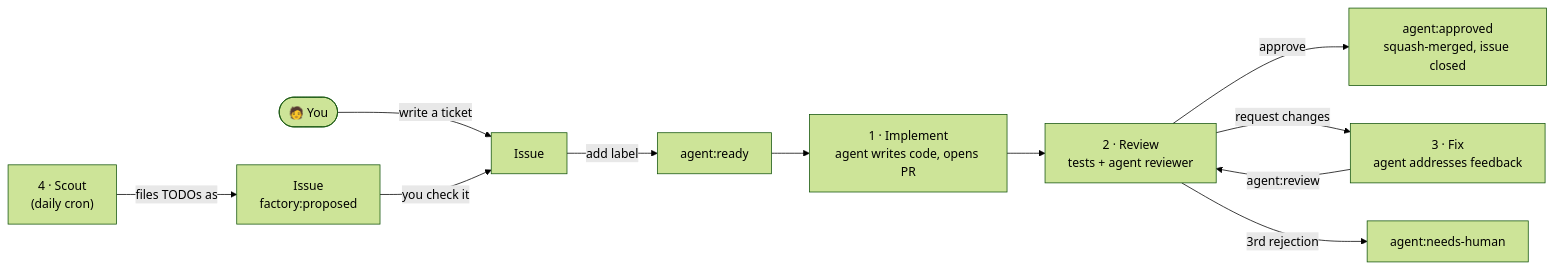
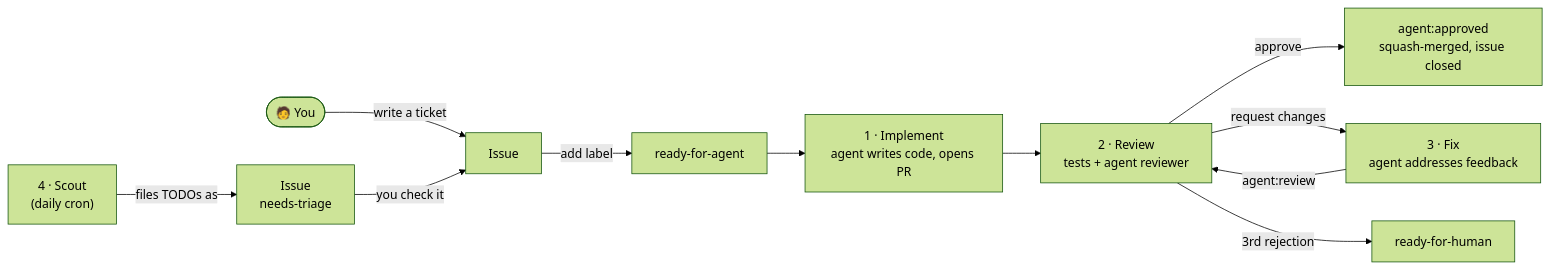
The diagram in FACTORY.md (jonbaldie/software-factory-sandbox), drawn with Mermaid (forest theme) before and after one commit. The commit also changed other lines of this file and 10 other files, not shown here.

````diff
--- a/FACTORY.md
+++ b/FACTORY.md
@@ -5,13 +5,13 @@
 ```mermaid
 flowchart LR
   you(["🧑 You"]) -->|write a ticket| issue["Issue"]
-  scout["4 · Scout<br/>(daily cron)"] -->|files TODOs as| proposed["Issue<br/>factory:proposed"]
+  scout["4 · Scout<br/>(daily cron)"] -->|files TODOs as| proposed["Issue<br/>needs-triage"]
   proposed -->|you check it| issue
-  issue -->|add label| ready["agent:ready"]
+  issue -->|add label| ready["ready-for-agent"]
   ready --> implement["1 · Implement<br/>agent writes code, opens PR"]
   implement --> review["2 · Review<br/>tests + agent reviewer"]
   review -->|approve| merged["agent:approved<br/>squash-merged, issue closed"]
   review -->|request changes| fix["3 · Fix<br/>agent addresses feedback"]
   fix -->|agent:review| review
-  review -->|3rd rejection| human["agent:needs-human"]
+  review -->|3rd rejection| human["ready-for-human"]
 ```
````
